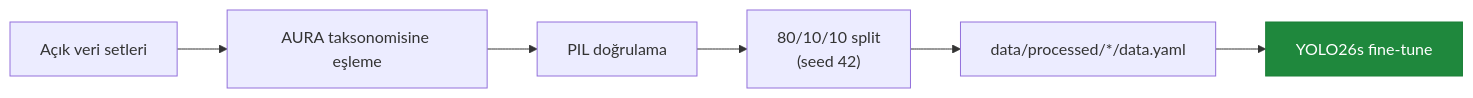
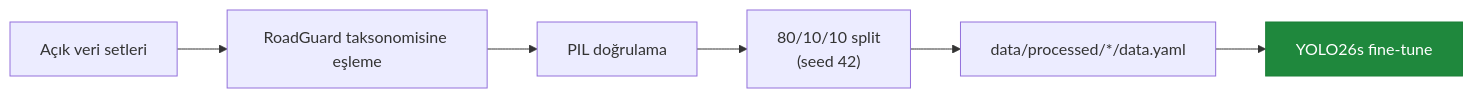
One commit to cleoanka/teknofest-prototip.v2 changed the first of 2 diagrams in docs/veri_seti.md. Above: the diagram before and after it, drawn with Mermaid. The commit also changed other lines of this file and 80 other files, not shown here.

First line of the commit message:
rebrand: marka adı AURA → RoadGuard (docs/README/kod-yorumları/display)

````diff
--- a/docs/veri_seti.md
+++ b/docs/veri_seti.md
@@ -20,10 +20,10 @@
 ```mermaid
 flowchart LR
-    A["Açık veri setleri"] --> B["AURA taksonomisine eşleme"]
+    A["Açık veri setleri"] --> B["RoadGuard taksonomisine eşleme"]
     B --> C["PIL doğrulama"]
     C --> D["80/10/10 split<br/>(seed 42)"]
     D --> E["data/processed/*/data.yaml"]
     E --> F["YOLO26s fine-tune"]
     classDef done fill:#1f883d,color:#fff,stroke:#1a7f37;
     class F done;
 ```
````
